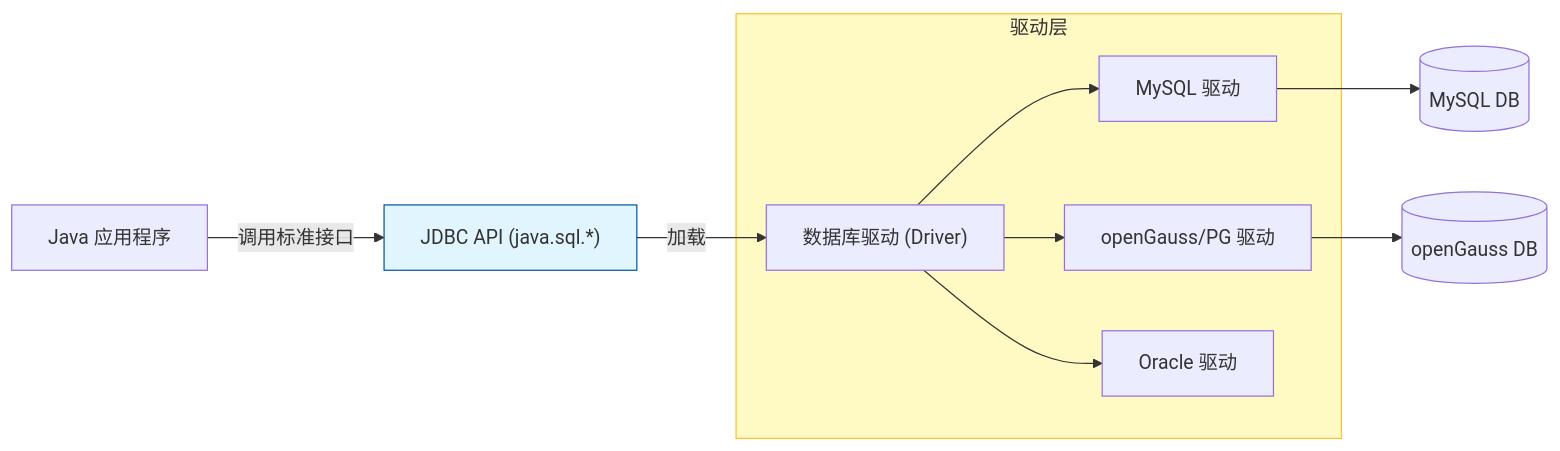
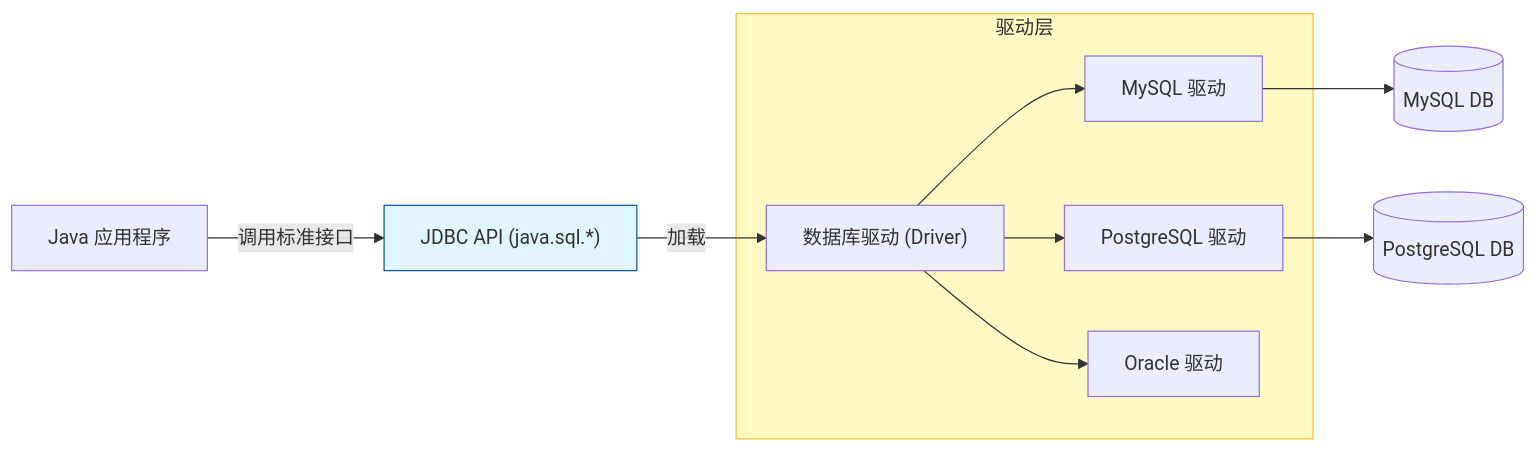
Before and after one commit to dedeguo/javaweb-course-docs: the first of 2 diagrams in docs/chapter02/07-jdbc-core.md, drawn with Mermaid. The commit also changed other lines of this file and 2 other files, not shown here.

````diff
--- a/docs/chapter02/07-jdbc-core.md
+++ b/docs/chapter02/07-jdbc-core.md
@@ -22,18 +22,19 @@
 ```mermaid
 graph LR
     App["Java 应用程序"] -- 调用标准接口 --> API["JDBC API (java.sql.*)"]
     API -- 加载 --> Driver["数据库驱动 (Driver)"]
     
     subgraph Drivers [驱动层]
         Driver --> MySQL["MySQL 驱动"]
-        Driver --> PG["openGauss/PG 驱动"]
+        Driver --> PG["PostgreSQL 驱动"]
         Driver --> Oracle["Oracle 驱动"]
     end
     
     MySQL --> DB1[("MySQL DB")]
-    PG --> DB2[("openGauss DB")]
+    PG --> DB2[("PostgreSQL DB")]
     
     style API fill:#e1f5fe,stroke:#01579b
     style Drivers fill:#fff9c4,stroke:#fbc02d
 
+
 ```
````
